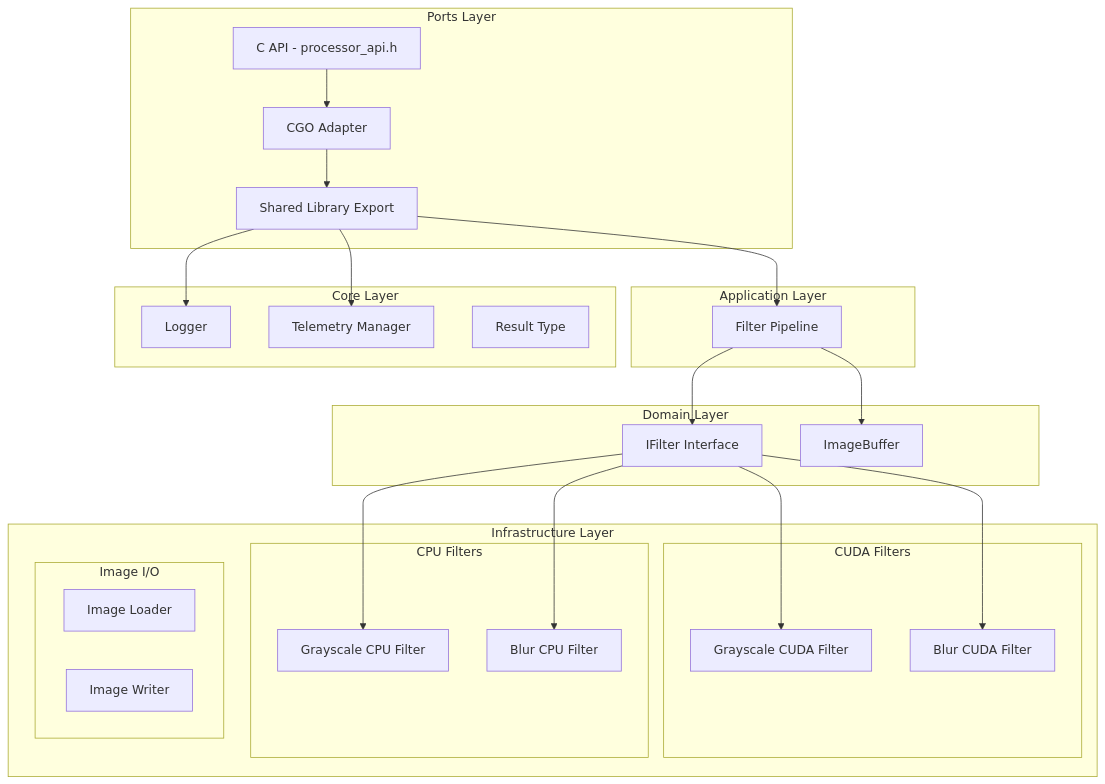
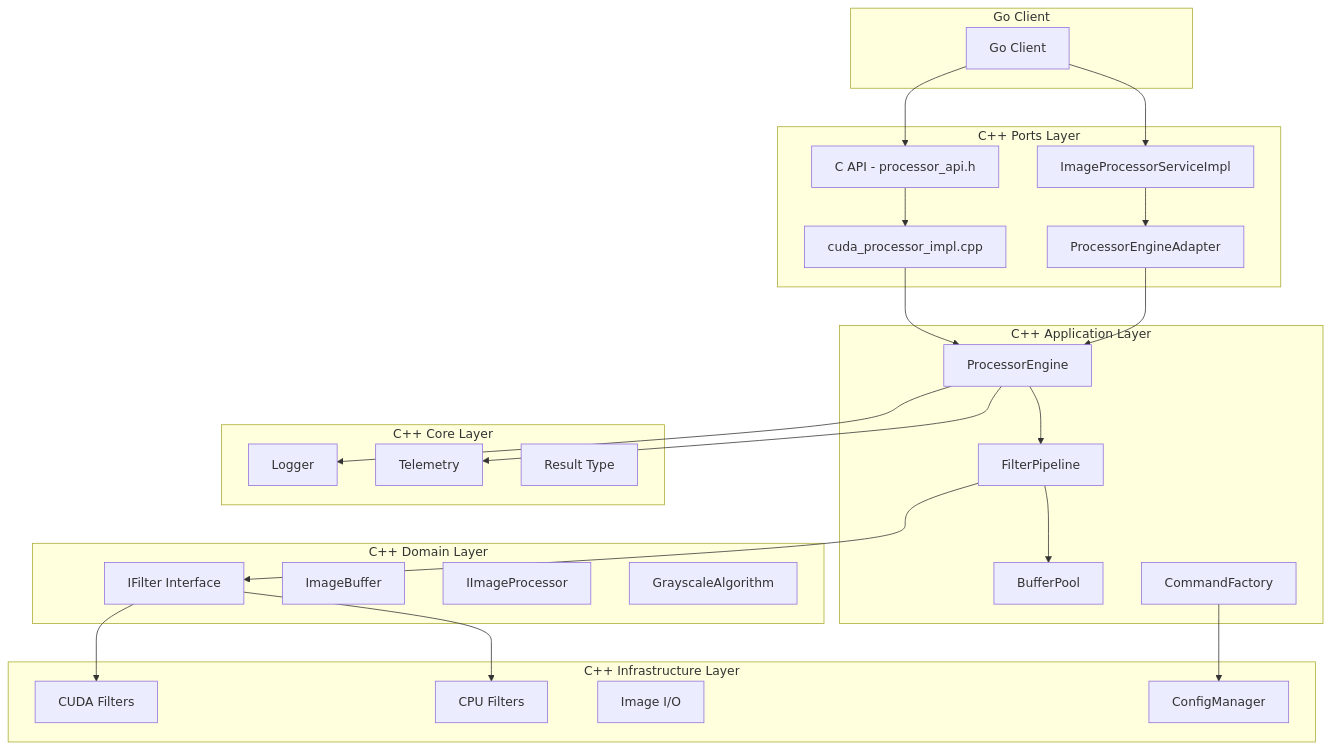
Before and after one commit to josnelihurt/learning-cuda: the second of 6 diagrams in cpp_accelerator/README.md, drawn with Mermaid. The commit also changed other lines of this file and 4 other files, not shown here.

````diff
--- a/cpp_accelerator/README.md
+++ b/cpp_accelerator/README.md
@@ -23,52 +86,55 @@
 ```mermaid
 graph TB
-    subgraph "Ports Layer"
-        API[C API - processor_api.h]
-        CGO[CGO Adapter]
-        SharedLib[Shared Library Export]
+    subgraph "Go Client"
+        GoClient[Go Client]
     end
     
-    subgraph "Application Layer"
-        FilterPipeline[Filter Pipeline]
+    subgraph "C++ Ports Layer"
+        CAPI[C API - processor_api.h]
+        SharedLib[cuda_processor_impl.cpp]
+        GRPCService[ImageProcessorServiceImpl]
+        EngineAdapter[ProcessorEngineAdapter]
     end
     
-    subgraph "Domain Layer"
+    subgraph "C++ Application Layer"
+        ProcessorEngine[ProcessorEngine]
+        FilterPipeline[FilterPipeline]
+        BufferPool[BufferPool]
+        CommandFactory[CommandFactory]
+    end
+    
+    subgraph "C++ Domain Layer"
         IFilter[IFilter Interface]
         ImageBuffer[ImageBuffer]
+        IImageProcessor[IImageProcessor]
+        GrayscaleAlgorithm[GrayscaleAlgorithm]
     end
     
-    subgraph "Infrastructure Layer"
-        subgraph "CUDA Filters"
-            GrayscaleCUDA[Grayscale CUDA Filter]
-            BlurCUDA[Blur CUDA Filter]
-        end
-        
-        subgraph "CPU Filters"
-            GrayscaleCPU[Grayscale CPU Filter]
-            BlurCPU[Blur CPU Filter]
-        end
-        
-        subgraph "Image I/O"
-            ImageLoader[Image Loader]
-            ImageWriter[Image Writer]
-        end
+    subgraph "C++ Infrastructure Layer"
+        CudaFilters[CUDA Filters]
+        CpuFilters[CPU Filters]
+        ImageIO[Image I/O]
+        ConfigManager[ConfigManager]
     end
     
-    subgraph "Core Layer"
+    subgraph "C++ Core Layer"
         Logger[Logger]
-        Telemetry[Telemetry Manager]
+        Telemetry[Telemetry]
         Result[Result Type]
     end
     
-    API --> CGO
-    CGO --> SharedLib
-    SharedLib --> FilterPipeline
+    GoClient --> CAPI
+    GoClient --> GRPCService
+    CAPI --> SharedLib
+    SharedLib --> ProcessorEngine
+    GRPCService --> EngineAdapter
+    EngineAdapter --> ProcessorEngine
+    ProcessorEngine --> FilterPipeline
+    FilterPipeline --> BufferPool
     FilterPipeline --> IFilter
-    IFilter --> GrayscaleCUDA
-    IFilter --> BlurCUDA
-    IFilter --> GrayscaleCPU
-    IFilter --> BlurCPU
-    FilterPipeline --> ImageBuffer
-    SharedLib --> Logger
-    SharedLib --> Telemetry
+    IFilter --> CudaFilters
+    IFilter --> CpuFilters
+    CommandFactory --> ConfigManager
+    ProcessorEngine --> Logger
+    ProcessorEngine --> Telemetry
 ```
````
